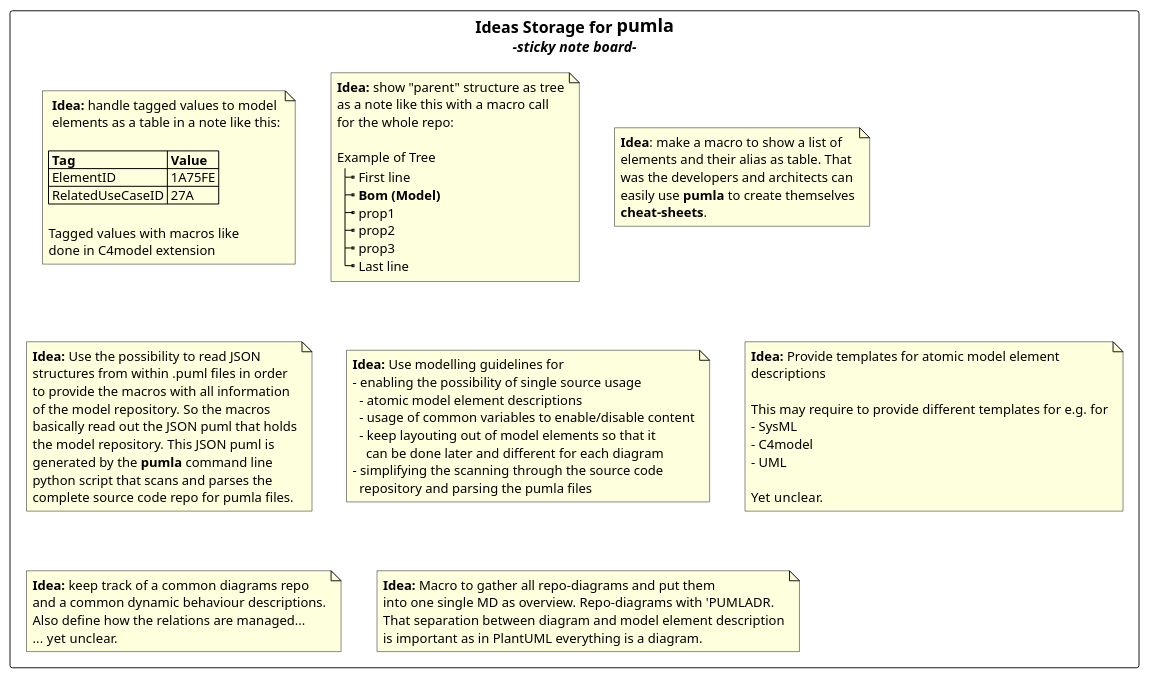
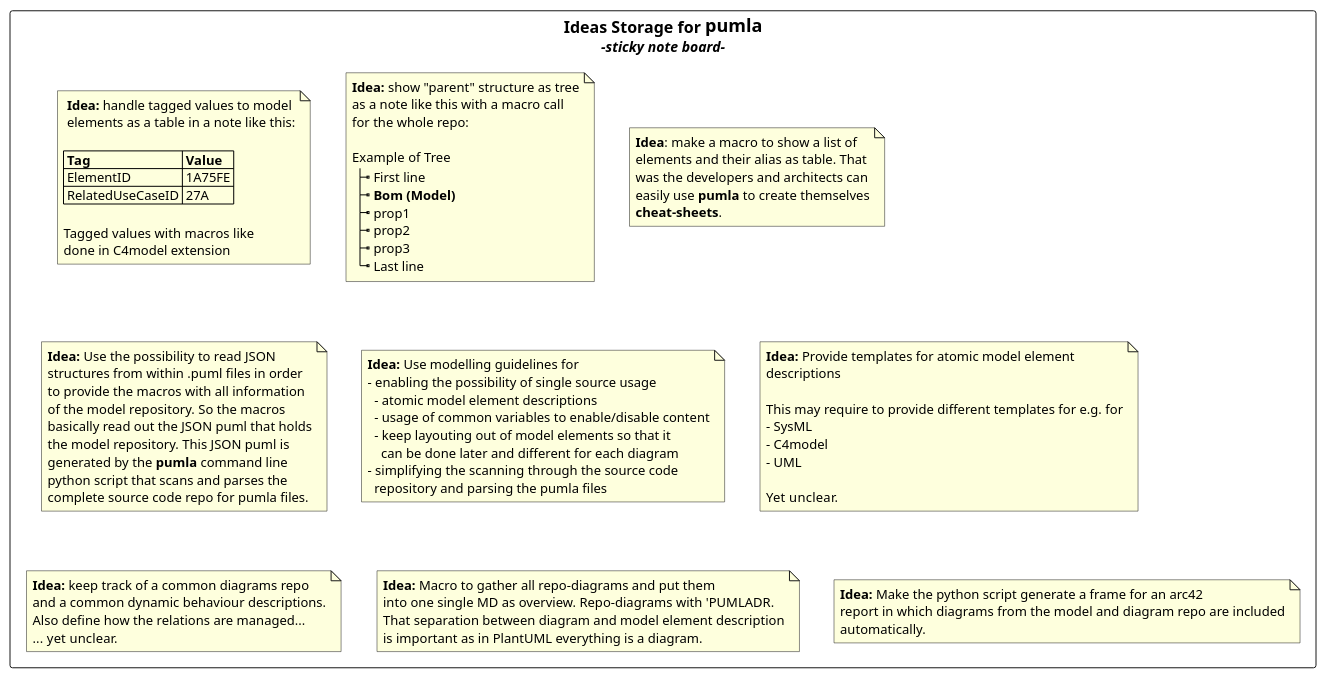
One commit to DrMarkusVoss/pumla changed the diagram in ideas_storage.puml. Above: the diagram before and after it, drawn with PlantUML. The commit also changed 7 other files, not shown here.

```diff
--- a/ideas_storage.puml
+++ b/ideas_storage.puml
@@ -1,86 +1,92 @@
 @startuml
 rectangle "== Ideas Storage for **pumla**\n <i>-sticky note board- " {
 note as n1
    **Idea:** handle tagged values to model
    elements as a table in a note like this:
 
   |= Tag |= Value |
   | ElementID | 1A75FE |
   | RelatedUseCaseID | 27A |
 
   Tagged values with macros like
   done in C4model extension
 end note
 
 note as n2
 **Idea:** show "parent" structure as tree
 as a note like this with a macro call
 for the whole repo:
 
 Example of Tree
 |_ First line
 |_ **Bom (Model)**
 |_ prop1
 |_ prop2
 |_ prop3
 |_ Last line
 end note
 
 note as n3
 **Idea**: make a macro to show a list of
 elements and their alias as table. That
 was the developers and architects can
 easily use **pumla** to create themselves
 **cheat-sheets**.
 end note
 
 note as n4
 **Idea:** Use the possibility to read JSON
 structures from within .puml files in order
 to provide the macros with all information
 of the model repository. So the macros
 basically read out the JSON puml that holds
 the model repository. This JSON puml is
 generated by the **pumla** command line
 python script that scans and parses the
 complete source code repo for pumla files.
 end note
 
 note as n5
 **Idea:** Use modelling guidelines for
 - enabling the possibility of single source usage
   - atomic model element descriptions
   - usage of common variables to enable/disable content
   - keep layouting out of model elements so that it
     can be done later and different for each diagram
 - simplifying the scanning through the source code
   repository and parsing the pumla files
 end note
 
 note as n6
 **Idea:** Provide templates for atomic model element
 descriptions
 
 This may require to provide different templates for e.g. for
 - SysML
 - C4model
 - UML
 
 Yet unclear.
 end note
 
 note as n7
 **Idea:** keep track of a common diagrams repo
 and a common dynamic behaviour descriptions.
 Also define how the relations are managed...
 ... yet unclear.
 end note
 
 note as n8
 **Idea:** Macro to gather all repo-diagrams and put them
 into one single MD as overview. Repo-diagrams with 'PUMLADR.
 That separation between diagram and model element description
 is important as in PlantUML everything is a diagram.
 end note
+
+note as n9
+**Idea:** Make the python script generate a frame for an arc42
+report in which diagrams from the model and diagram repo are included
+automatically.
+end note
 }
 @enduml
```
